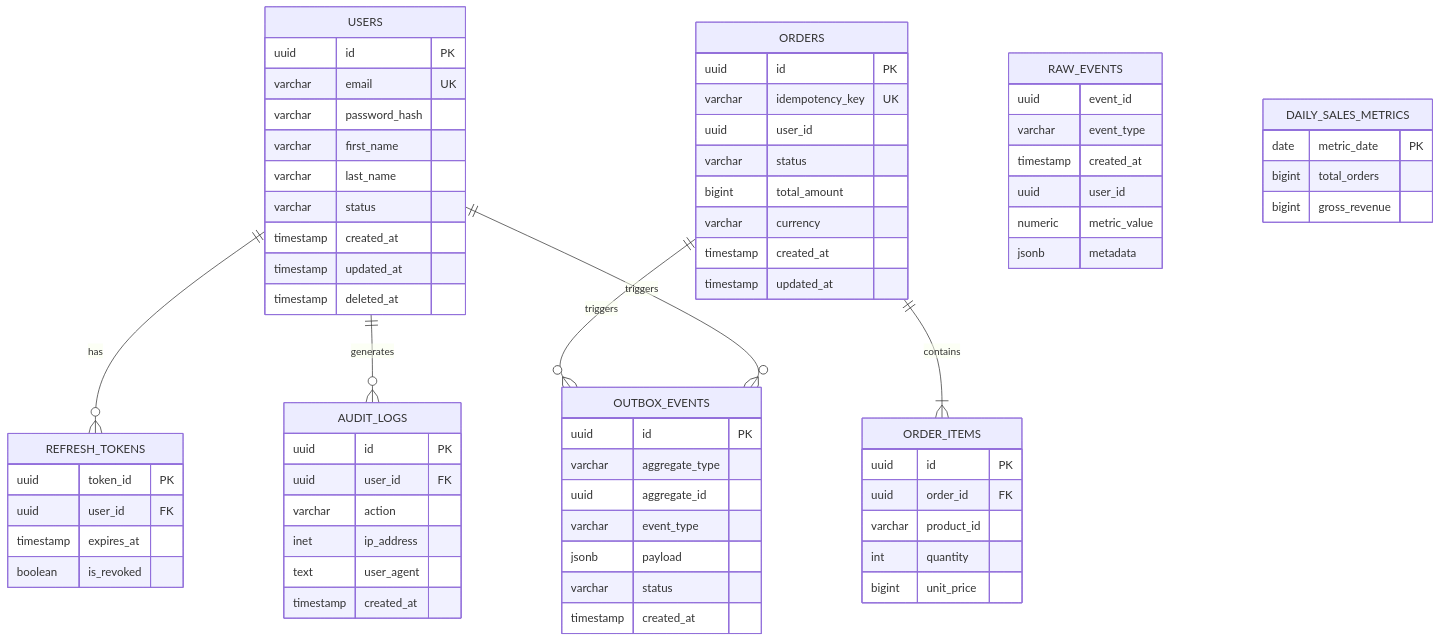
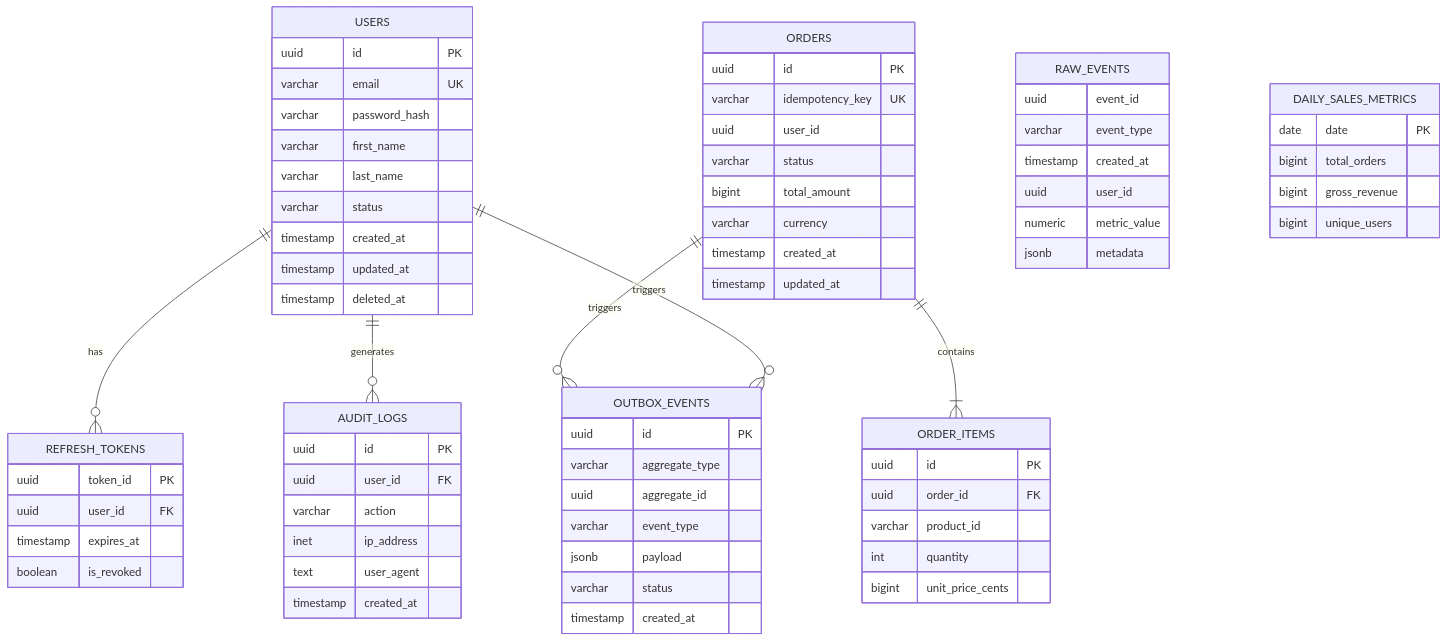
The diagram in docs/database/database-design.md (sandroeric/microservices-event-engine), drawn with Mermaid before and after one commit. The commit also changed 3 other files, not shown here.

````diff
--- a/docs/database/database-design.md
+++ b/docs/database/database-design.md
@@ -17,79 +17,80 @@
 ```mermaid
 erDiagram
     %% User Service Local Schema
     USERS {
         uuid id PK
         varchar email UK
         varchar password_hash
         varchar first_name
         varchar last_name
         varchar status
         timestamp created_at
         timestamp updated_at
         timestamp deleted_at
     }
     REFRESH_TOKENS {
         uuid token_id PK
         uuid user_id FK
         timestamp expires_at
         boolean is_revoked
     }
     USERS ||--o{ REFRESH_TOKENS : has
     AUDIT_LOGS {
         uuid id PK
         uuid user_id FK
         varchar action
         inet ip_address
         text user_agent
         timestamp created_at
     }
     USERS ||--o{ AUDIT_LOGS : generates
 
     %% Order Service Local Schema
     ORDERS {
         uuid id PK
         varchar idempotency_key UK
         uuid user_id
         varchar status
         bigint total_amount
         varchar currency
         timestamp created_at
         timestamp updated_at
     }
     ORDER_ITEMS {
         uuid id PK
         uuid order_id FK
         varchar product_id
         int quantity
-        bigint unit_price
+        bigint unit_price_cents
     }
     ORDERS ||--|{ ORDER_ITEMS : contains
 
     %% Standard Outbox Table (Per Service)
     OUTBOX_EVENTS {
         uuid id PK
         varchar aggregate_type
         uuid aggregate_id
         varchar event_type
         jsonb payload
         varchar status
         timestamp created_at
     }
     ORDERS ||--o{ OUTBOX_EVENTS : triggers
     USERS ||--o{ OUTBOX_EVENTS : triggers
 
     %% Analytics Service Local Schema
     RAW_EVENTS {
         uuid event_id
         varchar event_type
         timestamp created_at
         uuid user_id
         numeric metric_value
         jsonb metadata
     }
     DAILY_SALES_METRICS {
-        date metric_date PK
+        date date PK
         bigint total_orders
         bigint gross_revenue
+        bigint unique_users
     }
 ```
````
